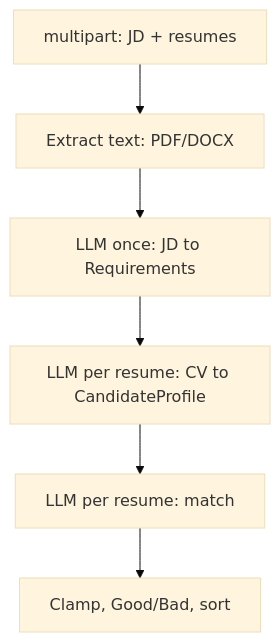
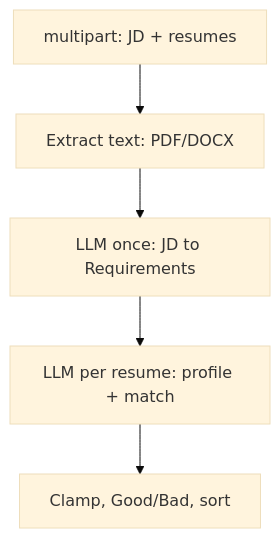
Before and after one commit to viktornord/ai-resume-screening: the diagram in project_plan.md, drawn with Mermaid (base theme). The commit also changed other lines of this file and 50 other files, not shown here.

````diff
--- a/project_plan.md
+++ b/project_plan.md
@@ -19,15 +19,13 @@
 ```mermaid
 flowchart TD
   Upload["multipart: JD + resumes"]
   Parse["Extract text: PDF/DOCX"]
   JD["LLM once: JD to Requirements"]
-  CV["LLM per resume: CV to CandidateProfile"]
-  Match["LLM per resume: match"]
+  Screen["LLM per resume: profile + match"]
   Rank["Clamp, Good/Bad, sort"]
 
   Upload --> Parse
   Parse --> JD
-  JD --> CV
-  CV --> Match
-  Match --> Rank
+  JD --> Screen
+  Screen --> Rank
 ```
````
